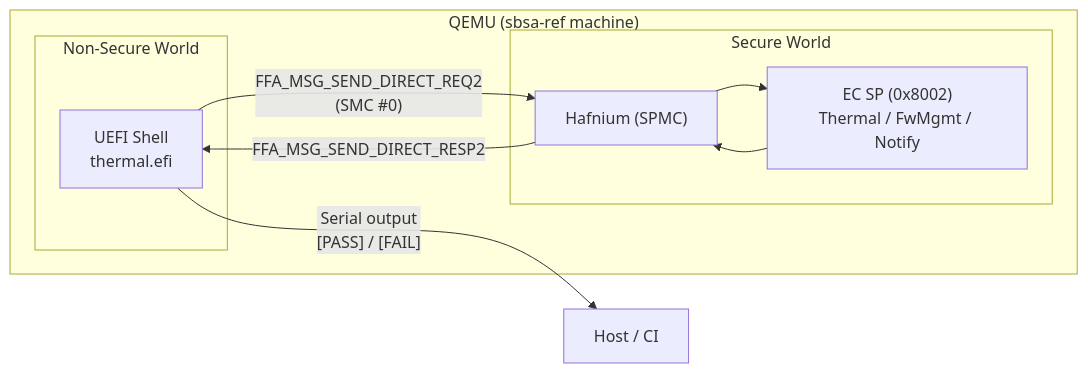
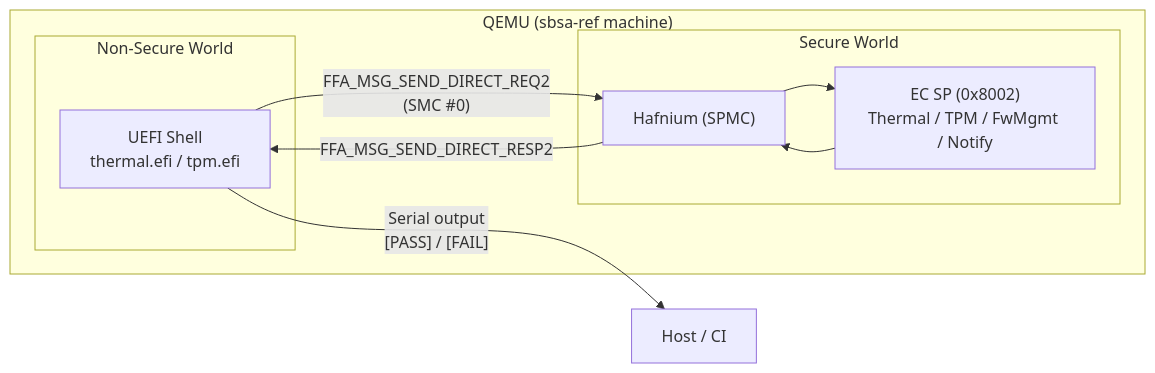
The diagram in docs/e2e-tests.md (OpenDevicePartnership/odp-platform-qemu-sbsa), drawn with Mermaid before and after one commit. The commit also changed other lines of this file and 1 other file, not shown here.

First line of the commit message:
Update documentation for TPM tests and coverage

````diff
--- a/docs/e2e-tests.md
+++ b/docs/e2e-tests.md
@@ -13,17 +13,17 @@
 ```mermaid
 graph LR
     subgraph QEMU["QEMU (sbsa-ref machine)"]
         subgraph NS["Non-Secure World"]
-            Shell["UEFI Shell<br/>thermal.efi"]
+            Shell["UEFI Shell<br/>thermal.efi / tpm.efi"]
         end
         subgraph S["Secure World"]
             SPMC["Hafnium (SPMC)"]
-            SP["EC SP (0x8002)<br/>Thermal / FwMgmt / Notify"]
+            SP["EC SP (0x8002)<br/>Thermal / TPM / FwMgmt / Notify"]
         end
         Shell -- "FFA_MSG_SEND_DIRECT_REQ2<br/>(SMC #0)" --> SPMC
         SPMC --> SP
         SP --> SPMC
         SPMC -- "FFA_MSG_SEND_DIRECT_RESP2" --> Shell
     end
     Shell -- "Serial output<br/>[PASS] / [FAIL]" --> Host["Host / CI"]
 ```
````
